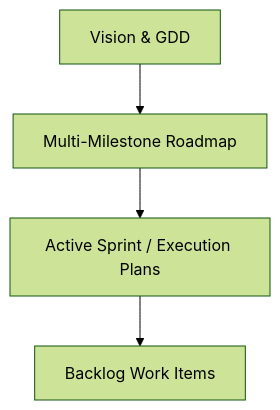
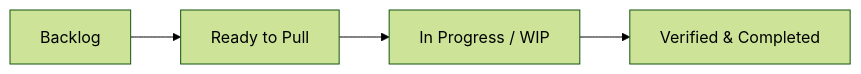
One commit to lordvlad/tictac changed the diagram in docs/plans/README.md. Above: the diagram before and after it, drawn with Mermaid (forest theme). The commit also changed other lines of this file and 13 other files, not shown here.

````diff
--- a/docs/plans/README.md
+++ b/docs/plans/README.md
@@ -19,6 +23,6 @@
 ```mermaid
-graph TD
-    A[Vision & GDD] --> B[Multi-Milestone Roadmap]
-    B --> C[Active Sprint / Execution Plans]
-    C --> D[Backlog Work Items]
+graph LR
+    Backlog[Backlog] --> Ready[Ready to Pull]
+    Ready --> InProgress[In Progress / WIP]
+    InProgress --> Verified[Verified & Completed]
 ```
````
